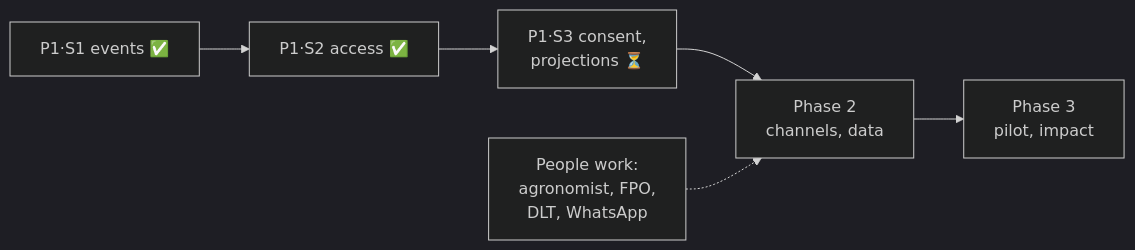
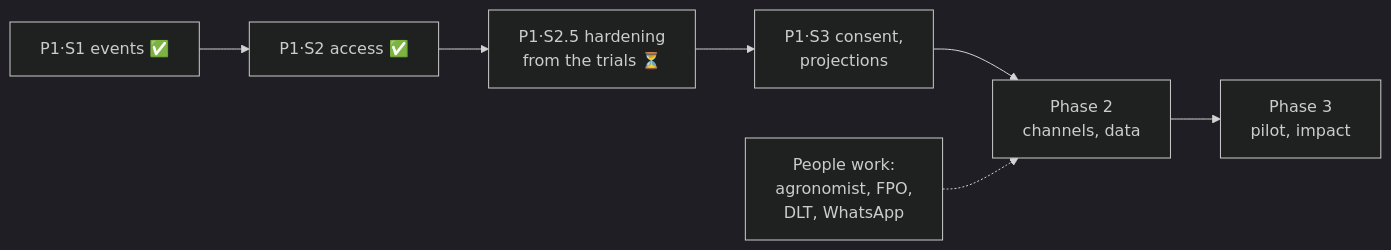
The diagram in docs/REMAINING.md (vizsh/KhetKundli), drawn with Mermaid (dark theme) before and after one commit. The commit also changed other lines of this file and 9 other files, not shown here.

````diff
--- a/docs/REMAINING.md
+++ b/docs/REMAINING.md
@@ -19,5 +20,5 @@
 ```mermaid
 flowchart LR
-  S1["P1·S1 events ✅"] --> S2["P1·S2 access ✅"] --> S3["P1·S3 consent,<br/>projections ⏳"] --> P2["Phase 2<br/>channels, data"] --> P3["Phase 3<br/>pilot, impact"]
+  S1["P1·S1 events ✅"] --> S2["P1·S2 access ✅"] --> S25["P1·S2.5 hardening<br/>from the trials ⏳"] --> S3["P1·S3 consent,<br/>projections"] --> P2["Phase 2<br/>channels, data"] --> P3["Phase 3<br/>pilot, impact"]
   PEOPLE["People work:<br/>agronomist, FPO,<br/>DLT, WhatsApp"] -.-> P2
 ```
````
